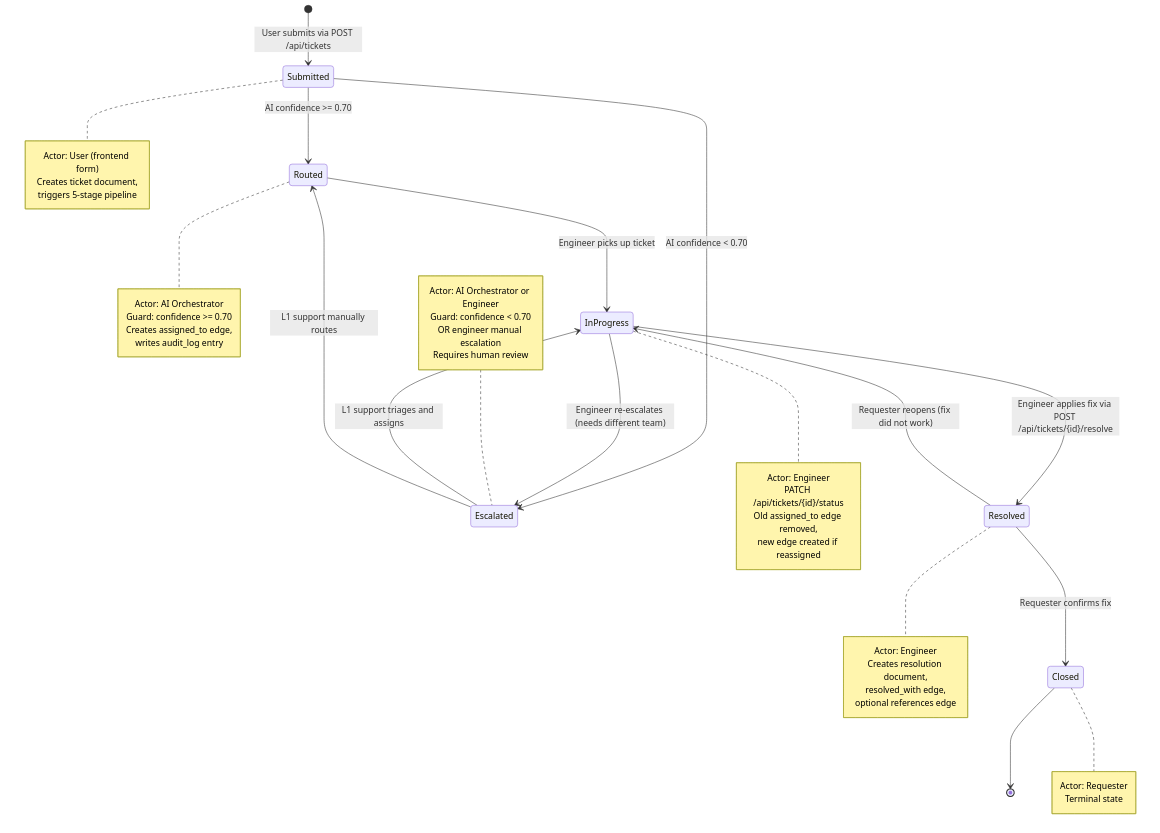
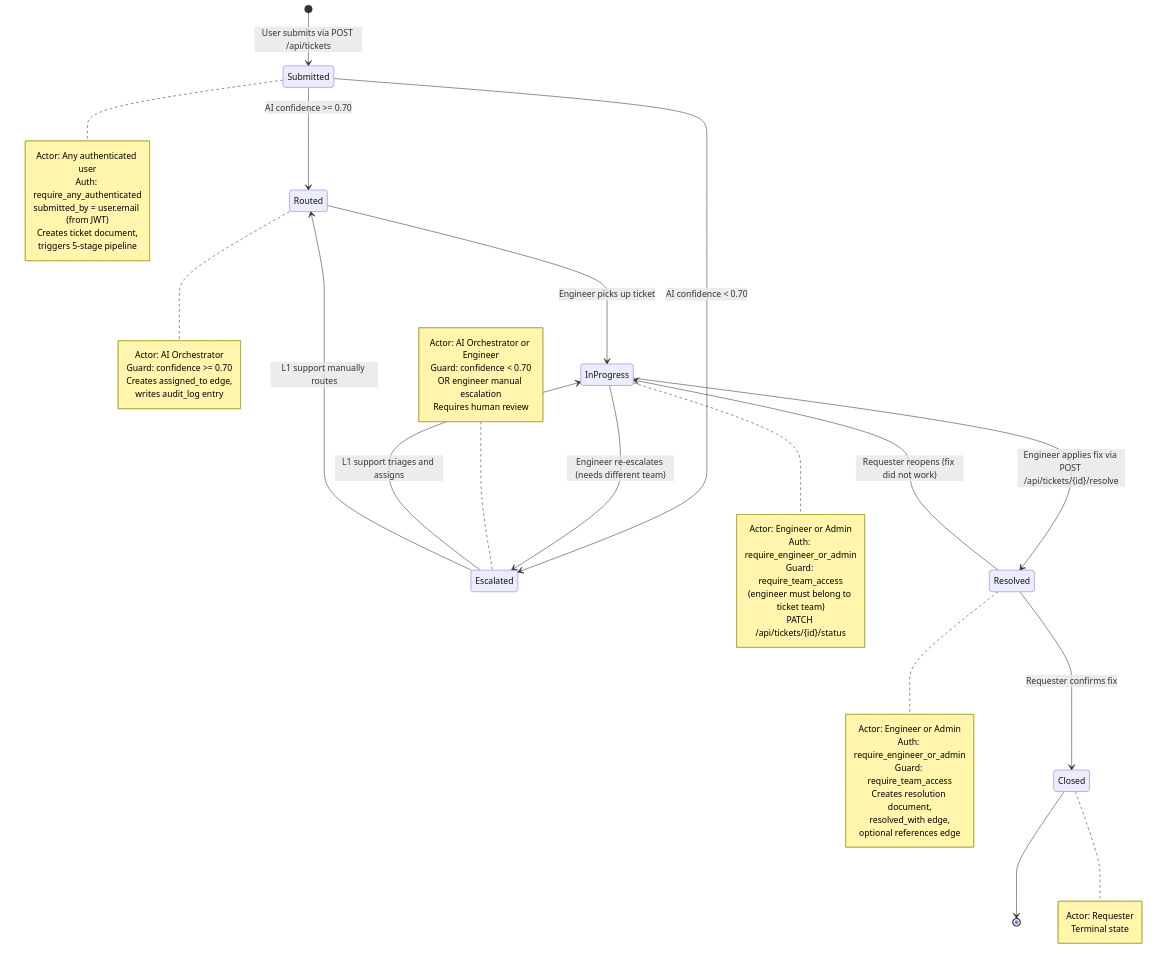
Before and after one commit to arif-asadullah/AI-Ticket-Routing: the first of 3 diagrams in docs/nasscom-r2/07-state-transition-diagram.md, drawn with Mermaid. The commit also changed other lines of this file and 7 other files, not shown here.

````diff
--- a/docs/nasscom-r2/07-state-transition-diagram.md
+++ b/docs/nasscom-r2/07-state-transition-diagram.md
@@ -13,58 +13,63 @@
 ```mermaid
 stateDiagram-v2
     [*] --> Submitted : User submits via POST /api/tickets
 
     Submitted --> Routed : AI confidence >= 0.70
     Submitted --> Escalated : AI confidence < 0.70
 
     Routed --> InProgress : Engineer picks up ticket
     Escalated --> InProgress : L1 support triages and assigns
     Escalated --> Routed : L1 support manually routes
 
     InProgress --> Resolved : Engineer applies fix via POST /api/tickets/{id}/resolve
     InProgress --> Escalated : Engineer re-escalates (needs different team)
 
     Resolved --> Closed : Requester confirms fix
     Resolved --> InProgress : Requester reopens (fix did not work)
 
     Closed --> [*]
 
     note right of Submitted
-        Actor: User (frontend form)
+        Actor: Any authenticated user
+        Auth: require_any_authenticated
+        submitted_by = user.email (from JWT)
         Creates ticket document,
         triggers 5-stage pipeline
     end note
 
     note right of Routed
         Actor: AI Orchestrator
         Guard: confidence >= 0.70
         Creates assigned_to edge,
         writes audit_log entry
     end note
 
     note left of Escalated
         Actor: AI Orchestrator or Engineer
         Guard: confidence < 0.70
         OR engineer manual escalation
         Requires human review
     end note
 
     note right of InProgress
-        Actor: Engineer
+        Actor: Engineer or Admin
+        Auth: require_engineer_or_admin
+        Guard: require_team_access
+        (engineer must belong to ticket team)
         PATCH /api/tickets/{id}/status
-        Old assigned_to edge removed,
-        new edge created if reassigned
     end note
 
     note right of Resolved
-        Actor: Engineer
+        Actor: Engineer or Admin
+        Auth: require_engineer_or_admin
+        Guard: require_team_access
         Creates resolution document,
         resolved_with edge,
         optional references edge
     end note
 
     note right of Closed
         Actor: Requester
         Terminal state
     end note
 ```
````
